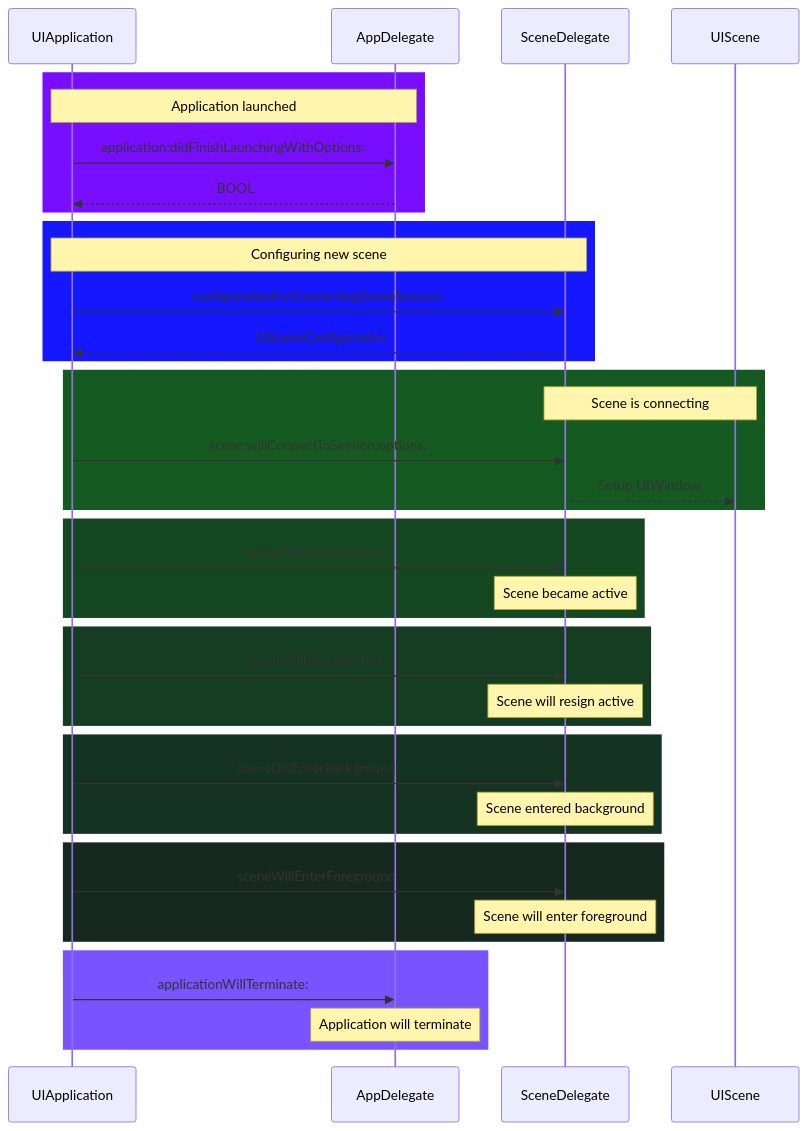
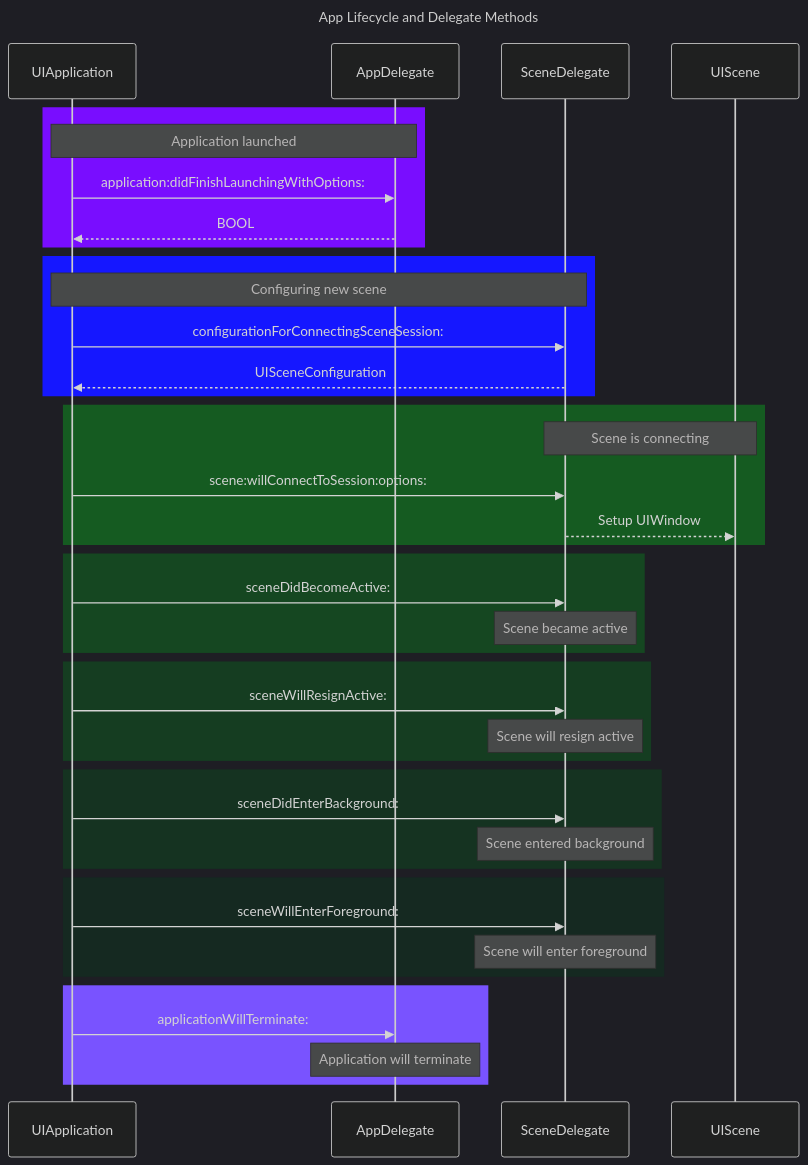
One commit to CongLeSolutionX/iOS-development-vault changed the third of 10 diagrams in Reversing_Engineer_through_Interfaces/Swift-generated_header_file_in_depth_in_Mermaid.md. Above: the diagram before and after it, drawn with Mermaid. The commit also changed other lines of this file and 8 other files, not shown here.

````diff
--- a/Reversing_Engineer_through_Interfaces/Swift-generated_header_file_in_depth_in_Mermaid.md
+++ b/Reversing_Engineer_through_Interfaces/Swift-generated_header_file_in_depth_in_Mermaid.md
@@ -198,53 +212,60 @@
 ```mermaid
+---
+title: App Lifecycle and Delegate Methods
+config:
+  layout: elk
+  look: handDrawn
+  theme: dark
+---
 sequenceDiagram
 
     participant App as UIApplication
     participant AD as AppDelegate
     participant SD as SceneDelegate
     participant Scene as UIScene
     
     
     rect rgb(121, 13, 255)
     Note over App,AD: Application launched
     App ->> AD: application:didFinishLaunchingWithOptions:
     AD -->> App: BOOL
     end
 
     rect rgb(21, 23, 255)
     Note over App,SD: Configuring new scene
     App ->> SD: configurationForConnectingSceneSession:
     SD -->> App: UISceneConfiguration
     end
 
     rect rgb(21, 91, 33)
     Note over SD,Scene: Scene is connecting
     App ->> SD: scene:willConnectToSession:options:
     SD -->> Scene: Setup UIWindow
     end
 
     rect rgb(21, 71, 33)
     App ->> SD: sceneDidBecomeActive:
     Note over SD: Scene became active
     end
     
     rect rgb(21, 61, 33)
     App ->> SD: sceneWillResignActive:
     Note over SD: Scene will resign active
     end
 
     rect rgb(21, 51, 33)
     App ->> SD: sceneDidEnterBackground:
     Note over SD: Scene entered background
     end
 
     rect rgb(21, 41, 33)
     App ->> SD: sceneWillEnterForeground:
     Note over SD: Scene will enter foreground
     end
 
     rect rgb(121, 83, 255)
     App ->> AD: applicationWillTerminate:
     Note over AD: Application will terminate
     end
 
 ```
````
